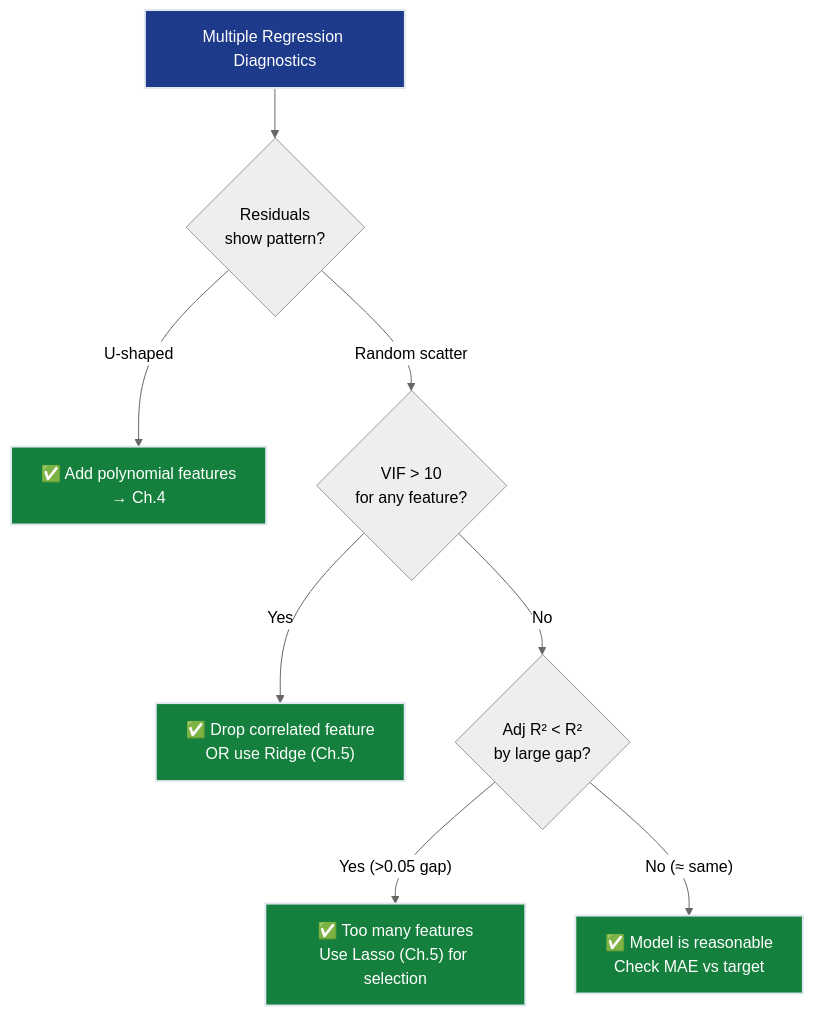
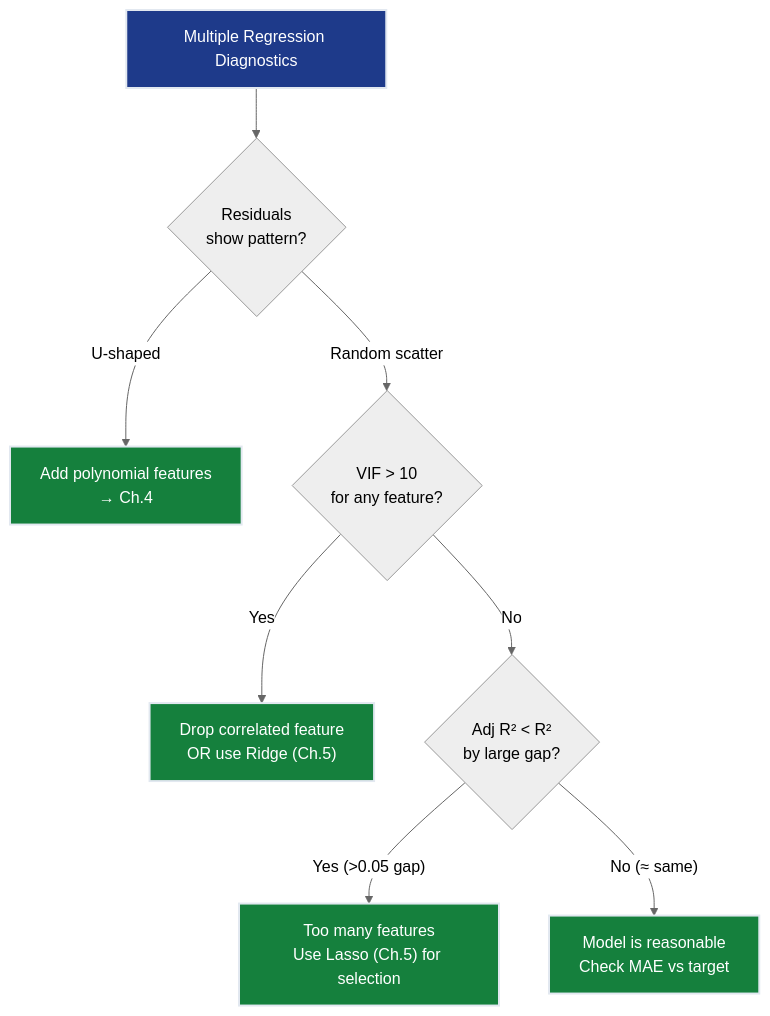
One commit to dsgouda7/ai-portfolio changed the fourth of 5 diagrams in notes/01-ml/01-regression/ch02_multiple_regression/README.md. Above: the diagram before and after it, drawn with Mermaid (neutral theme). The commit also changed other lines of this file and 179 other files, not shown here.

````diff
--- a/notes/01-ml/01-regression/ch02_multiple_regression/README.md
+++ b/notes/01-ml/01-regression/ch02_multiple_regression/README.md
@@ -833,19 +833,19 @@
 ```mermaid
 flowchart TD
-    CHECK["Multiple Regression Diagnostics"] --> Q1{"Residuals<br/>show pattern?"}
+ CHECK["Multiple Regression Diagnostics"] --> Q1{"Residuals<br/>show pattern?"}
 
-    Q1 -->|"U-shaped"| FIX1["✅ Add polynomial features<br/>→ Ch.4"]
-    Q1 -->|"Random scatter"| Q2{"VIF > 10<br/>for any feature?"}
+ Q1 -->|"U-shaped"| FIX1[" Add polynomial features<br/>→ Ch.4"]
+ Q1 -->|"Random scatter"| Q2{"VIF > 10<br/>for any feature?"}
 
-    Q2 -->|"Yes"| FIX2["✅ Drop correlated feature<br/>OR use Ridge (Ch.5)"]
-    Q2 -->|"No"| Q3{"Adj R² < R²<br/>by large gap?"}
+ Q2 -->|"Yes"| FIX2[" Drop correlated feature<br/>OR use Ridge (Ch.5)"]
+ Q2 -->|"No"| Q3{"Adj R² < R²<br/>by large gap?"}
 
-    Q3 -->|"Yes (>0.05 gap)"| FIX3["✅ Too many features<br/>Use Lasso (Ch.5) for selection"]
-    Q3 -->|"No (≈ same)"| OK["✅ Model is reasonable<br/>Check MAE vs target"]
+ Q3 -->|"Yes (>0.05 gap)"| FIX3[" Too many features<br/>Use Lasso (Ch.5) for selection"]
+ Q3 -->|"No (≈ same)"| OK[" Model is reasonable<br/>Check MAE vs target"]
 
-    style CHECK fill:#1e3a8a,stroke:#e2e8f0,stroke-width:2px,color:#ffffff
-    style FIX1 fill:#15803d,stroke:#e2e8f0,stroke-width:2px,color:#ffffff
-    style FIX2 fill:#15803d,stroke:#e2e8f0,stroke-width:2px,color:#ffffff
-    style FIX3 fill:#15803d,stroke:#e2e8f0,stroke-width:2px,color:#ffffff
-    style OK fill:#15803d,stroke:#e2e8f0,stroke-width:2px,color:#ffffff
+ style CHECK fill:#1e3a8a,stroke:#e2e8f0,stroke-width:2px,color:#ffffff
+ style FIX1 fill:#15803d,stroke:#e2e8f0,stroke-width:2px,color:#ffffff
+ style FIX2 fill:#15803d,stroke:#e2e8f0,stroke-width:2px,color:#ffffff
+ style FIX3 fill:#15803d,stroke:#e2e8f0,stroke-width:2px,color:#ffffff
+ style OK fill:#15803d,stroke:#e2e8f0,stroke-width:2px,color:#ffffff
 ```
````
